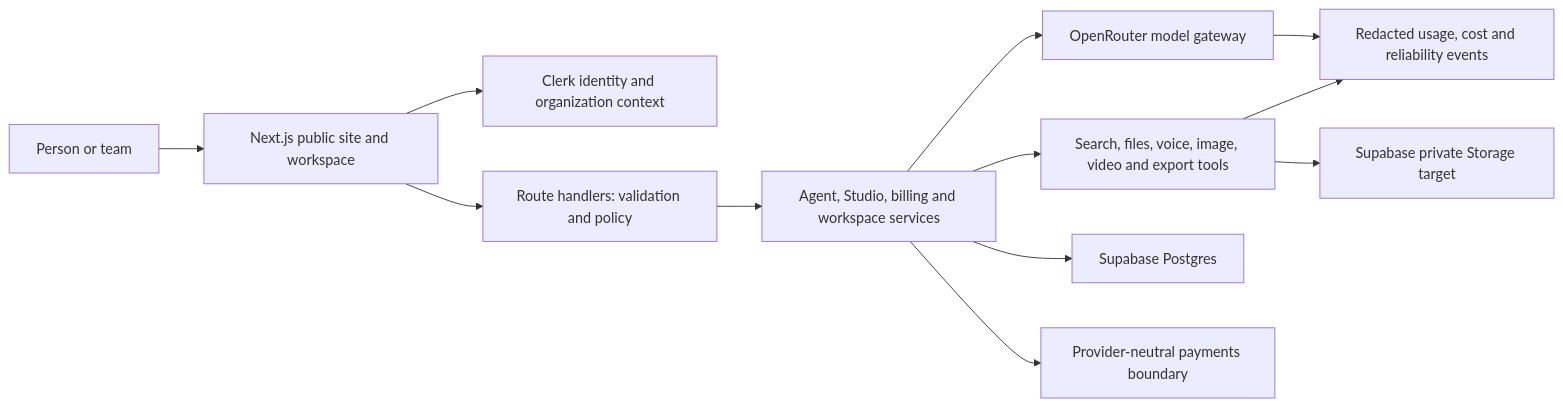
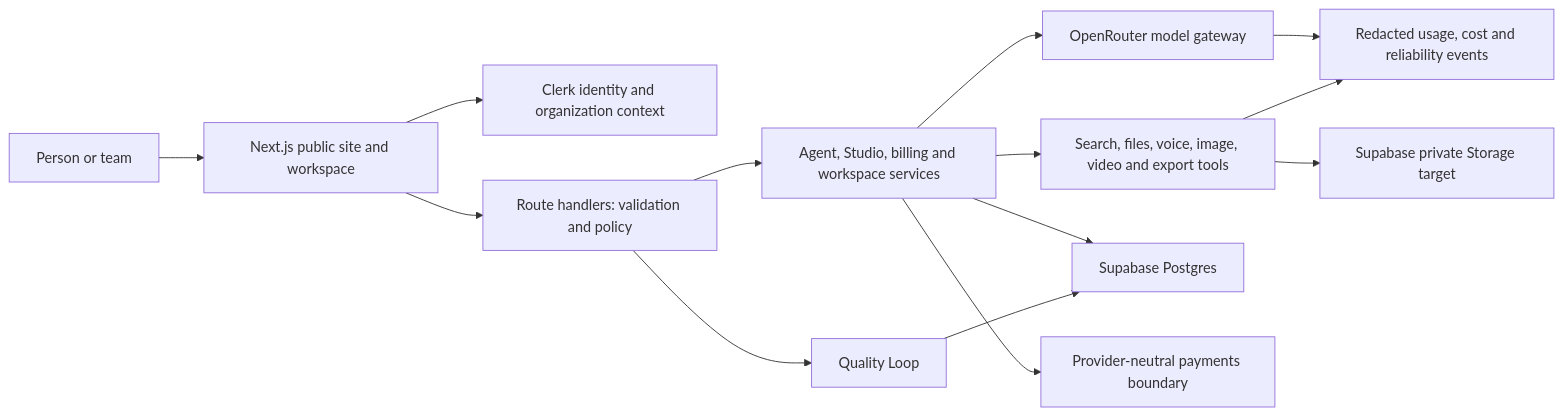
Before and after one commit to bamideletewogbade/ai360-lab: the first of 3 diagrams in TECHNICAL_HANDBOOK.md, drawn with Mermaid. The commit also changed other lines of this file and 60 other files, not shown here.

````diff
--- a/TECHNICAL_HANDBOOK.md
+++ b/TECHNICAL_HANDBOOK.md
@@ -67,14 +67,16 @@
 ```mermaid
 flowchart LR
   Person["Person or team"] --> Web["Next.js public site and workspace"]
   Web --> Identity["Clerk identity and organization context"]
   Web --> Routes["Route handlers: validation and policy"]
   Routes --> Services["Agent, Studio, billing and workspace services"]
   Services --> Models["OpenRouter model gateway"]
   Services --> Tools["Search, files, voice, image, video and export tools"]
   Services --> Data["Supabase Postgres"]
+  Routes --> Quality["Quality Loop"]
+  Quality --> Data
   Tools --> Storage["Supabase private Storage target"]
   Services --> Payments["Provider-neutral payments boundary"]
   Models --> Telemetry["Redacted usage, cost and reliability events"]
   Tools --> Telemetry
 ```
````
